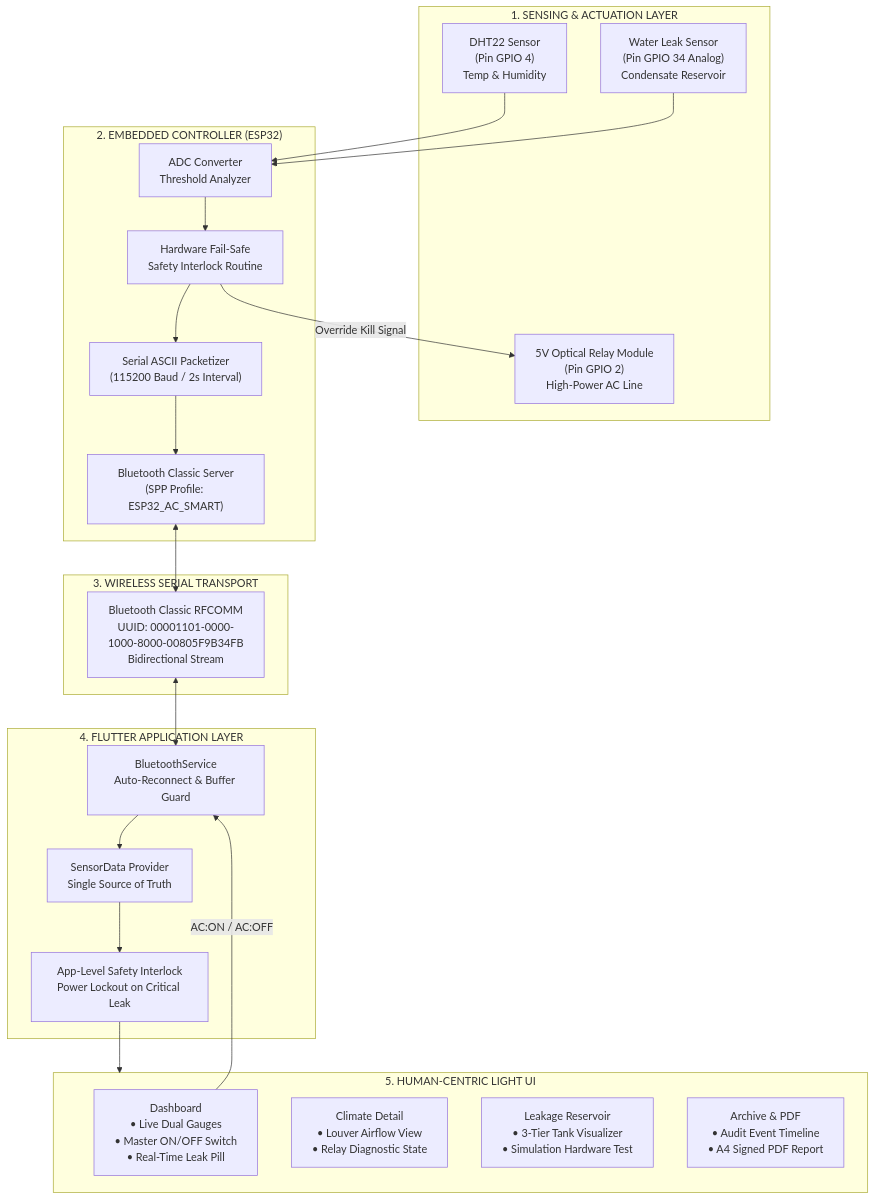
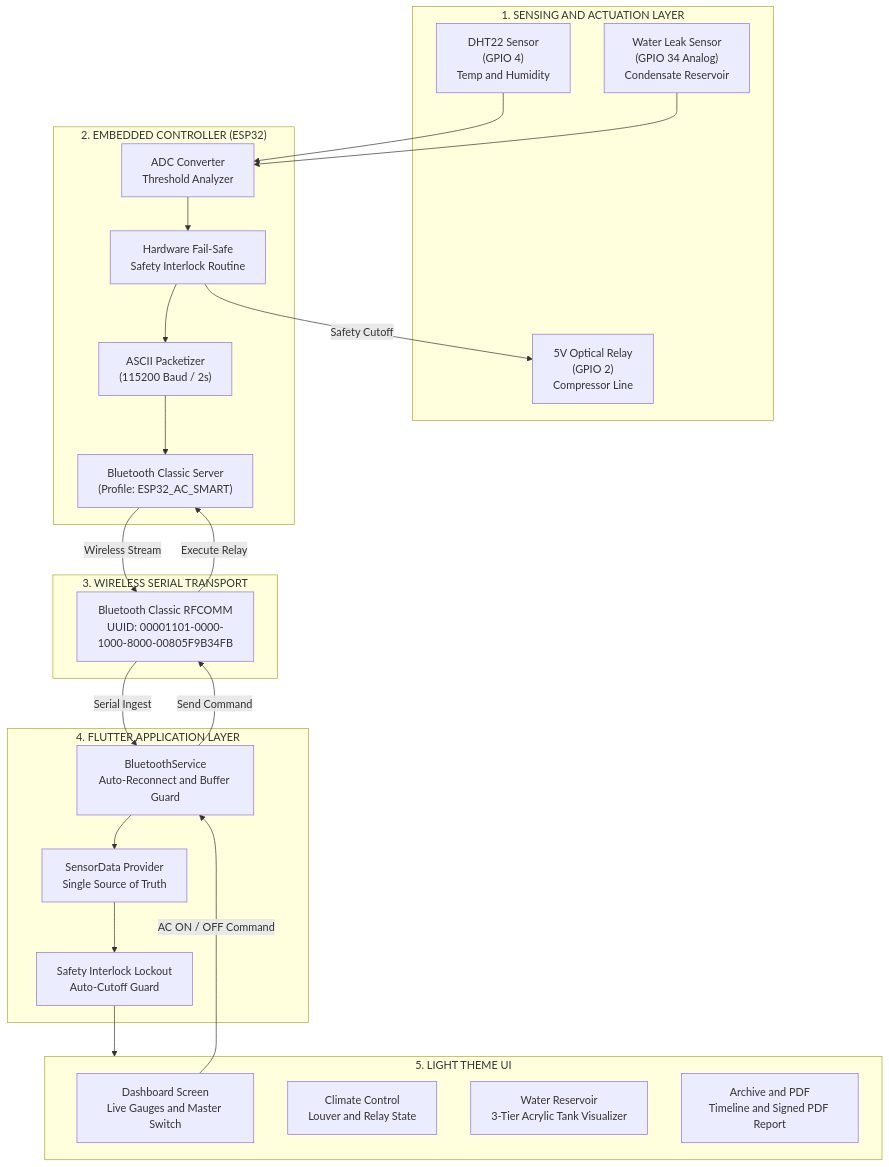
Before and after one commit to hassanIssa00/AC-Smart-Control: the first of 4 diagrams in README.md, drawn with Mermaid. The commit also changed other lines of this file, not shown here.

Commit message:
fix(docs): resolve Mermaid syntax compatibility for GitHub renderer

````diff
--- a/README.md
+++ b/README.md
@@ -32,46 +32,47 @@
 ```mermaid
 flowchart TD
-    subgraph SENSORS["1. SENSING & ACTUATION LAYER"]
-        DHT["DHT22 Sensor\n(Pin GPIO 4)\nTemp & Humidity"]
-        LEAK["Water Leak Sensor\n(Pin GPIO 34 Analog)\nCondensate Reservoir"]
-        RELAY["5V Optical Relay Module\n(Pin GPIO 2)\nHigh-Power AC Line"]
+    subgraph SENSORS["1. SENSING AND ACTUATION LAYER"]
+        DHT["DHT22 Sensor<br/>(GPIO 4)<br/>Temp and Humidity"]
+        LEAK["Water Leak Sensor<br/>(GPIO 34 Analog)<br/>Condensate Reservoir"]
+        RELAY["5V Optical Relay<br/>(GPIO 2)<br/>Compressor Line"]
     end
 
     subgraph MCU["2. EMBEDDED CONTROLLER (ESP32)"]
-        ADC["ADC Converter\nThreshold Analyzer"]
-        INTERLOCK["Hardware Fail-Safe\nSafety Interlock Routine"]
-        PACKET["Serial ASCII Packetizer\n(115200 Baud / 2s Interval)"]
-        SPP_SERVER["Bluetooth Classic Server\n(SPP Profile: ESP32_AC_SMART)"]
+        ADC["ADC Converter<br/>Threshold Analyzer"]
+        INTERLOCK["Hardware Fail-Safe<br/>Safety Interlock Routine"]
+        PACKET["ASCII Packetizer<br/>(115200 Baud / 2s)"]
+        SPP_SERVER["Bluetooth Classic Server<br/>(Profile: ESP32_AC_SMART)"]
     end
 
     subgraph TRANSPORT["3. WIRELESS SERIAL TRANSPORT"]
-        BT_RFCOMM["Bluetooth Classic RFCOMM\nUUID: 00001101-0000-1000-8000-00805F9B34FB\nBidirectional Stream"]
+        BT_RFCOMM["Bluetooth Classic RFCOMM<br/>UUID: 00001101-0000-1000-8000-00805F9B34FB"]
     end
 
     subgraph APP["4. FLUTTER APPLICATION LAYER"]
-        BT_CLIENT["BluetoothService\nAuto-Reconnect & Buffer Guard"]
-        STATE["SensorData Provider\nSingle Source of Truth"]
-        SAFETY_LOCK["App-Level Safety Interlock\nPower Lockout on Critical Leak"]
+        BT_CLIENT["BluetoothService<br/>Auto-Reconnect and Buffer Guard"]
+        STATE["SensorData Provider<br/>Single Source of Truth"]
+        SAFETY_LOCK["Safety Interlock Lockout<br/>Auto-Cutoff Guard"]
     end
 
-    subgraph UI["5. HUMAN-CENTRIC LIGHT UI"]
-        DASH["Dashboard\n• Live Dual Gauges\n• Master ON/OFF Switch\n• Real-Time Leak Pill"]
-        CLIMATE["Climate Detail\n• Louver Airflow View\n• Relay Diagnostic State"]
-        TANK["Leakage Reservoir\n• 3-Tier Tank Visualizer\n• Simulation Hardware Test"]
-        ARCHIVE["Archive & PDF\n• Audit Event Timeline\n• A4 Signed PDF Report"]
+    subgraph UI["5. LIGHT THEME UI"]
+        DASH["Dashboard Screen<br/>Live Gauges and Master Switch"]
+        CLIMATE["Climate Control<br/>Louver and Relay State"]
+        TANK["Water Reservoir<br/>3-Tier Acrylic Tank Visualizer"]
+        ARCHIVE["Archive and PDF<br/>Timeline and Signed PDF Report"]
     end
 
-    %% Connections
     DHT --> ADC
     LEAK --> ADC
     ADC --> INTERLOCK
-    INTERLOCK -->|Override Kill Signal| RELAY
+    INTERLOCK -->|Safety Cutoff| RELAY
     INTERLOCK --> PACKET
     PACKET --> SPP_SERVER
-    SPP_SERVER <--> BT_RFCOMM
-    BT_RFCOMM <--> BT_CLIENT
+    SPP_SERVER -->|Wireless Stream| BT_RFCOMM
+    BT_RFCOMM -->|Serial Ingest| BT_CLIENT
     BT_CLIENT --> STATE
     STATE --> SAFETY_LOCK
     SAFETY_LOCK --> UI
-    DASH -->|AC:ON / AC:OFF| BT_CLIENT
+    DASH -->|AC ON / OFF Command| BT_CLIENT
+    BT_CLIENT -->|Send Command| BT_RFCOMM
+    BT_RFCOMM -->|Execute Relay| SPP_SERVER
 ```
````
